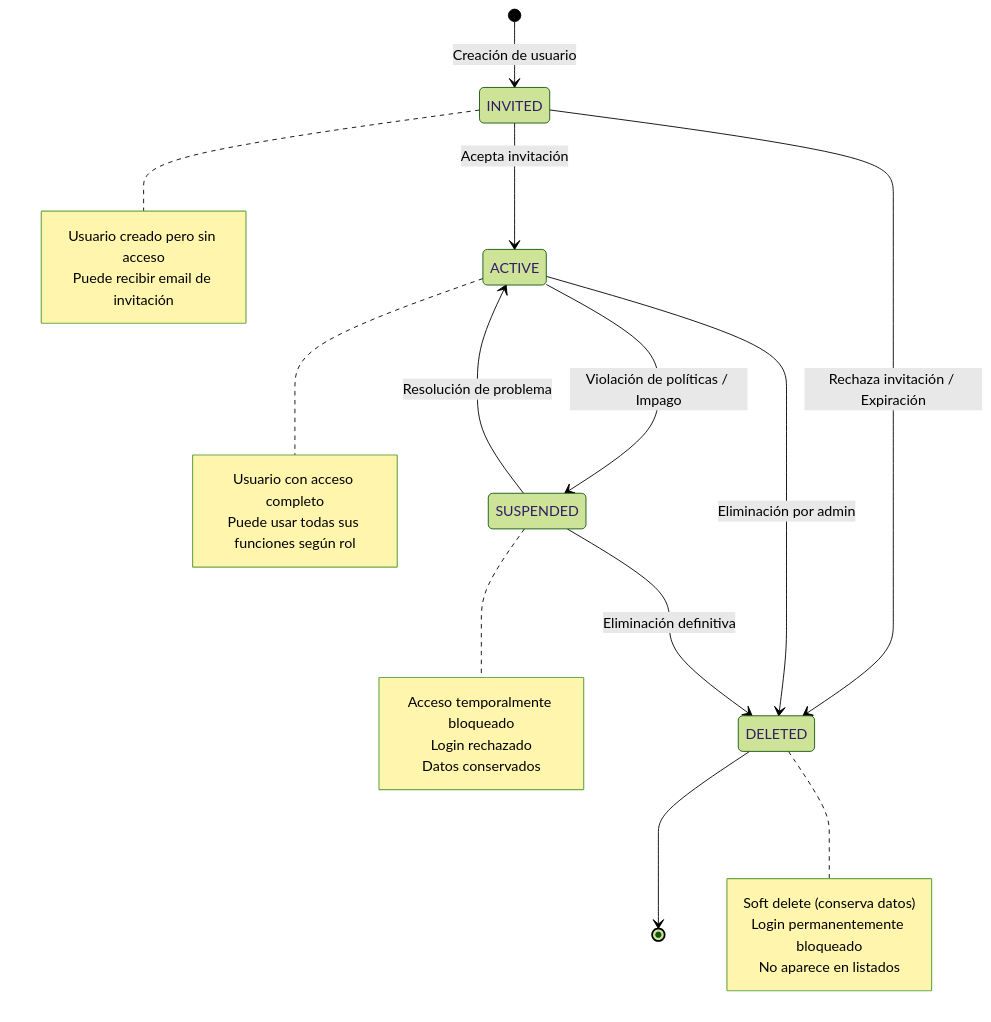
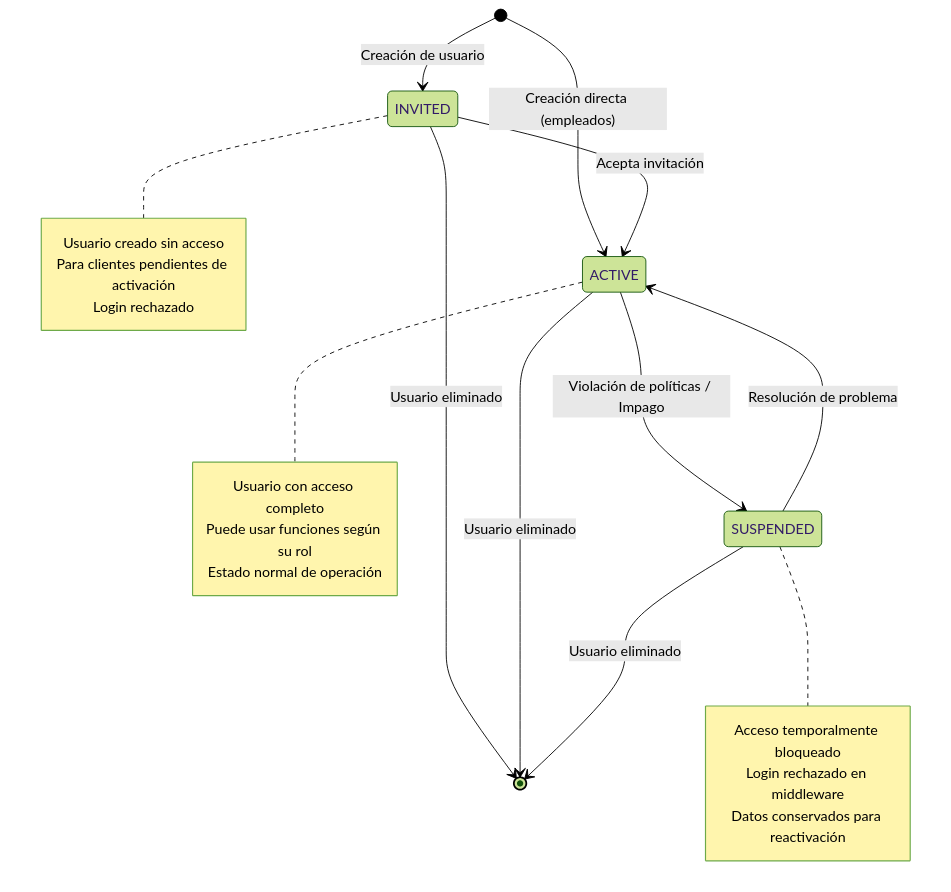
One commit to uancamilo/asistentelegal changed the second of 4 diagrams in README.md. Above: the diagram before and after it, drawn with Mermaid (forest theme). The commit also changed other lines of this file, not shown here.

````diff
--- a/README.md
+++ b/README.md
@@ -211,37 +213,32 @@
 ```mermaid
 stateDiagram-v2
     [*] --> INVITED : Creación de usuario
+    [*] --> ACTIVE : Creación directa (empleados)
 
     INVITED --> ACTIVE : Acepta invitación
-    INVITED --> DELETED : Rechaza invitación / Expiración
+    INVITED --> [*] : Usuario eliminado
 
     ACTIVE --> SUSPENDED : Violación de políticas / Impago
-    ACTIVE --> DELETED : Eliminación por admin
+    ACTIVE --> [*] : Usuario eliminado
 
     SUSPENDED --> ACTIVE : Resolución de problema
-    SUSPENDED --> DELETED : Eliminación definitiva
-
-    DELETED --> [*]
+    SUSPENDED --> [*] : Usuario eliminado
 
     note right of INVITED
-        Usuario creado pero sin acceso
-        Puede recibir email de invitación
+        Usuario creado sin acceso
+        Para clientes pendientes de activación
+        Login rechazado
     end note
 
     note right of ACTIVE
         Usuario con acceso completo
-        Puede usar todas sus funciones según rol
+        Puede usar funciones según su rol
+        Estado normal de operación
     end note
 
     note right of SUSPENDED
         Acceso temporalmente bloqueado
-        Login rechazado
-        Datos conservados
-    end note
-
-    note right of DELETED
-        Soft delete (conserva datos)
-        Login permanentemente bloqueado
-        No aparece en listados
+        Login rechazado en middleware
+        Datos conservados para reactivación
     end note
 ```
````
